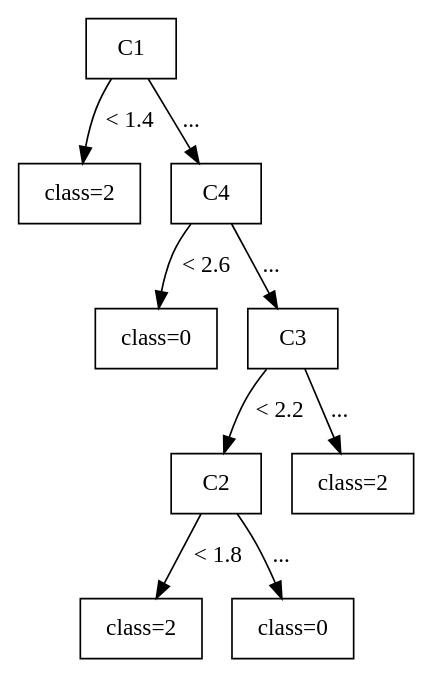
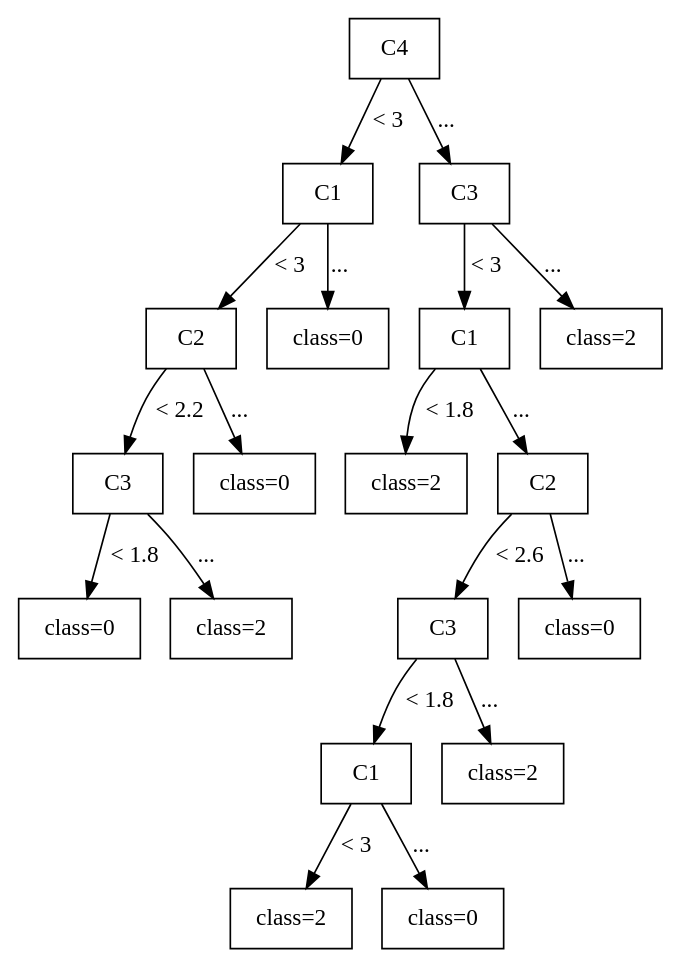
Before and after one commit to TakuyaMitarai/NSSESAT_Visualizer: the diagram in NSSESAT_backend/new_tree.dot, drawn with Graphviz. The commit also changed 9 other files, not shown here.

```diff
--- a/NSSESAT_backend/new_tree.dot
+++ b/NSSESAT_backend/new_tree.dot
@@ -1,30 +1,55 @@
 digraph G {
 node [shape=box];
+node [style=filled, fillcolor=white];
 
-0 [label="C1"];
+0 [label="C4"];
 
-1 [label="class=2"];
-2 [label="C4"];
+1 [label="C1"];
+8 [label="C3"];
 
-0 -> 1 [label="< 1.4"];
-0 -> 2 [label="..."];
+0 -> 1 [label="< 3"];
+0 -> 8 [label="..."];
 
-3 [label="class=0"];
-4 [label="C3"];
+2 [label="C2"];
+7 [label="class=0"];
+9 [label="C1"];
+18 [label="class=2"];
 
-2 -> 3 [label="< 2.6"];
-2 -> 4 [label="..."];
+1 -> 2 [label="< 3"];
+1 -> 7 [label="..."];
+8 -> 9 [label="< 3"];
+8 -> 18 [label="..."];
 
-5 [label="C2"];
-8 [label="class=2"];
+3 [label="C3"];
+6 [label="class=0"];
+10 [label="class=2"];
+11 [label="C2"];
 
-4 -> 5 [label="< 2.2"];
-4 -> 8 [label="..."];
+2 -> 3 [label="< 2.2"];
+2 -> 6 [label="..."];
+9 -> 10 [label="< 1.8"];
+9 -> 11 [label="..."];
 
-6 [label="class=2"];
-7 [label="class=0"];
+4 [label="class=0"];
+5 [label="class=2"];
+12 [label="C3"];
+17 [label="class=0"];
 
-5 -> 6 [label="< 1.8"];
-5 -> 7 [label="..."];
+3 -> 4 [label="< 1.8"];
+3 -> 5 [label="..."];
+11 -> 12 [label="< 2.6"];
+11 -> 17 [label="..."];
+
+13 [label="C1"];
+16 [label="class=2"];
+
+12 -> 13 [label="< 1.8"];
+12 -> 16 [label="..."];
+
+14 [label="class=2"];
+15 [label="class=0"];
+
+13 -> 14 [label="< 3"];
+13 -> 15 [label="..."];
 
 }
```
